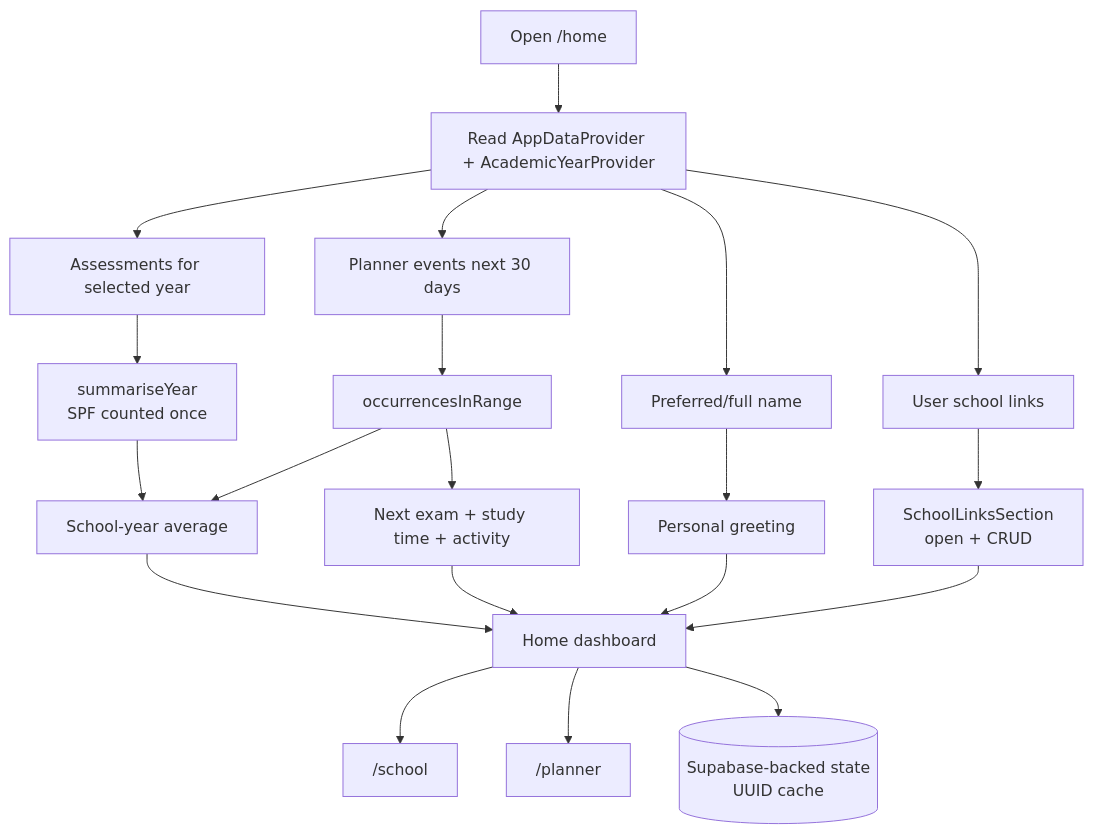
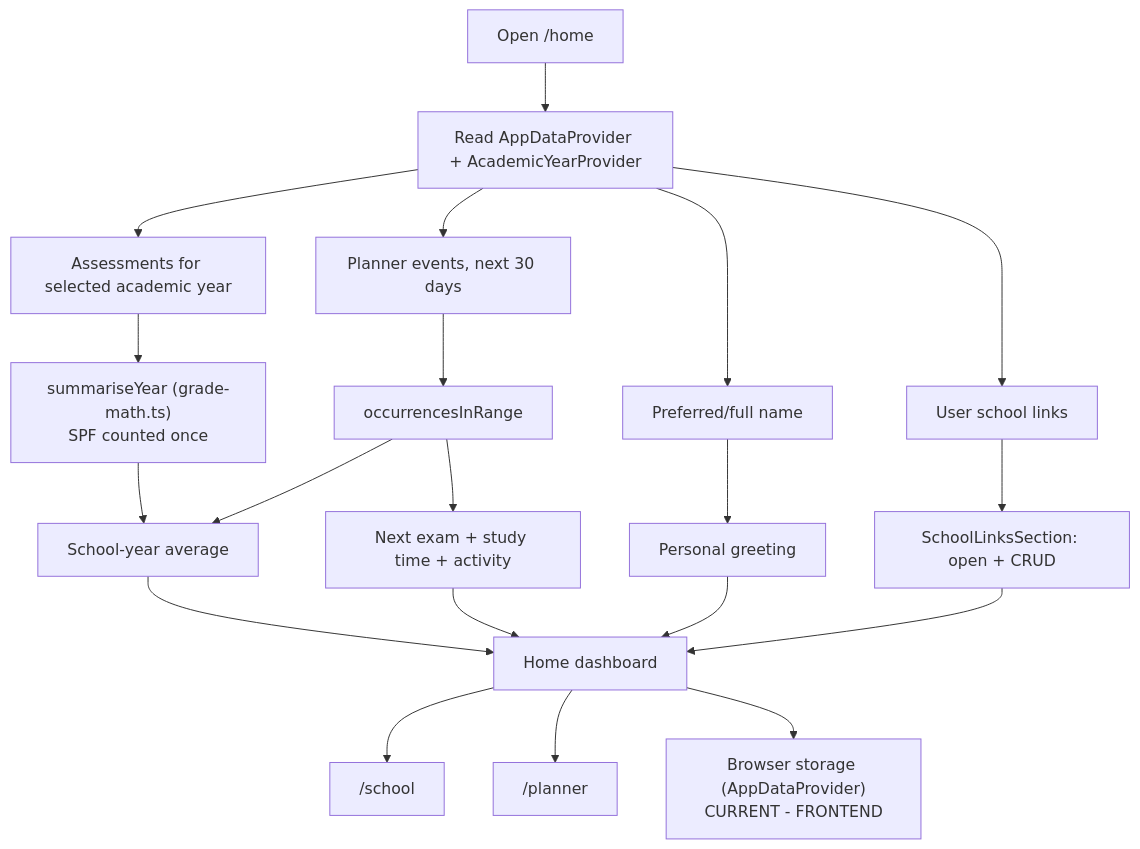
The diagram in lovabledocs/wireframes/06-home.mmd (keyshavmor/study-swiss-star), drawn with Mermaid before and after one commit. The commit also changed 423 other files, not shown here.

Commit message:
Reconcile backend branch with current frontend and live Supabase

```diff
--- a/lovabledocs/wireframes/06-home.mmd
+++ b/lovabledocs/wireframes/06-home.mmd
@@ -1,20 +1,21 @@
+%% /home dashboard (routes/_authenticated/home.tsx).
 flowchart TD
-  Open[Open /home] --> Read[Read AppDataProvider + AcademicYearProvider]
-  Read --> Profile[Preferred/full name]
-  Read --> Grades[Assessments for selected year]
-  Read --> Events[Planner events next 30 days]
-  Read --> Links[User school links]
-  Grades --> Year[summariseYear\nSPF counted once]
-  Events --> Occ[occurrencesInRange]
-  Year --> Cards[School-year average]
+  Open["Open /home"] --> Read["Read AppDataProvider + AcademicYearProvider"]
+  Read --> Profile["Preferred/full name"]
+  Read --> Grades["Assessments for selected academic year"]
+  Read --> Events["Planner events, next 30 days"]
+  Read --> Links["User school links"]
+  Grades --> Year["summariseYear (grade-math.ts)<br/>SPF counted once"]
+  Events --> Occ["occurrencesInRange"]
+  Year --> Cards["School-year average"]
   Occ --> Cards
-  Occ --> Next[Next exam + study time + activity]
-  Profile --> Greeting[Personal greeting]
-  Links --> LinkUI[SchoolLinksSection\nopen + CRUD]
-  Cards --> UI[Home dashboard]
+  Occ --> Next["Next exam + study time + activity"]
+  Profile --> Greeting["Personal greeting"]
+  Links --> LinkUI["SchoolLinksSection: open + CRUD"]
+  Cards --> UI["Home dashboard"]
   Next --> UI
   Greeting --> UI
   LinkUI --> UI
   UI --> School["/school"]
   UI --> Planner["/planner"]
-  UI --> Local[(Supabase-backed state\nUUID cache)]
+  UI --> Local["Browser storage (AppDataProvider)<br/>CURRENT - FRONTEND"]
```
